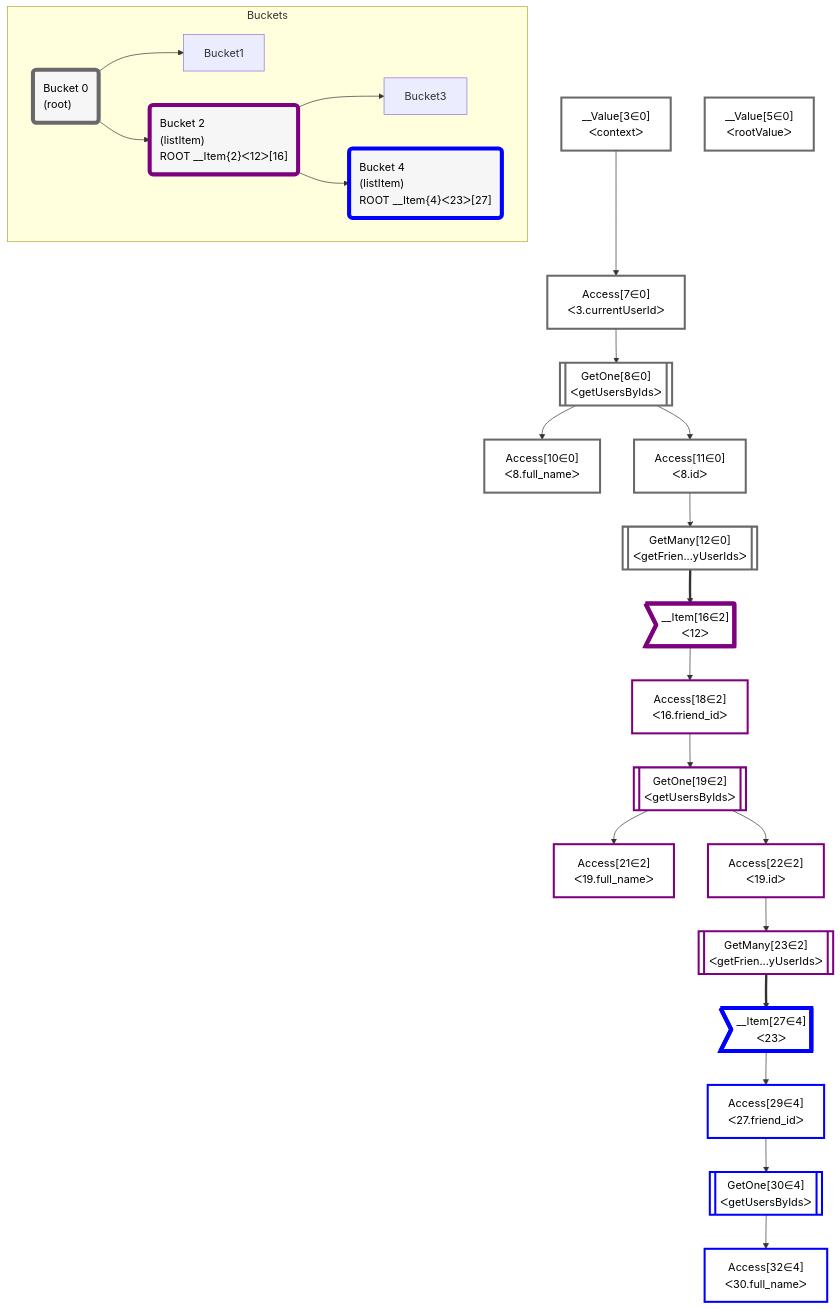
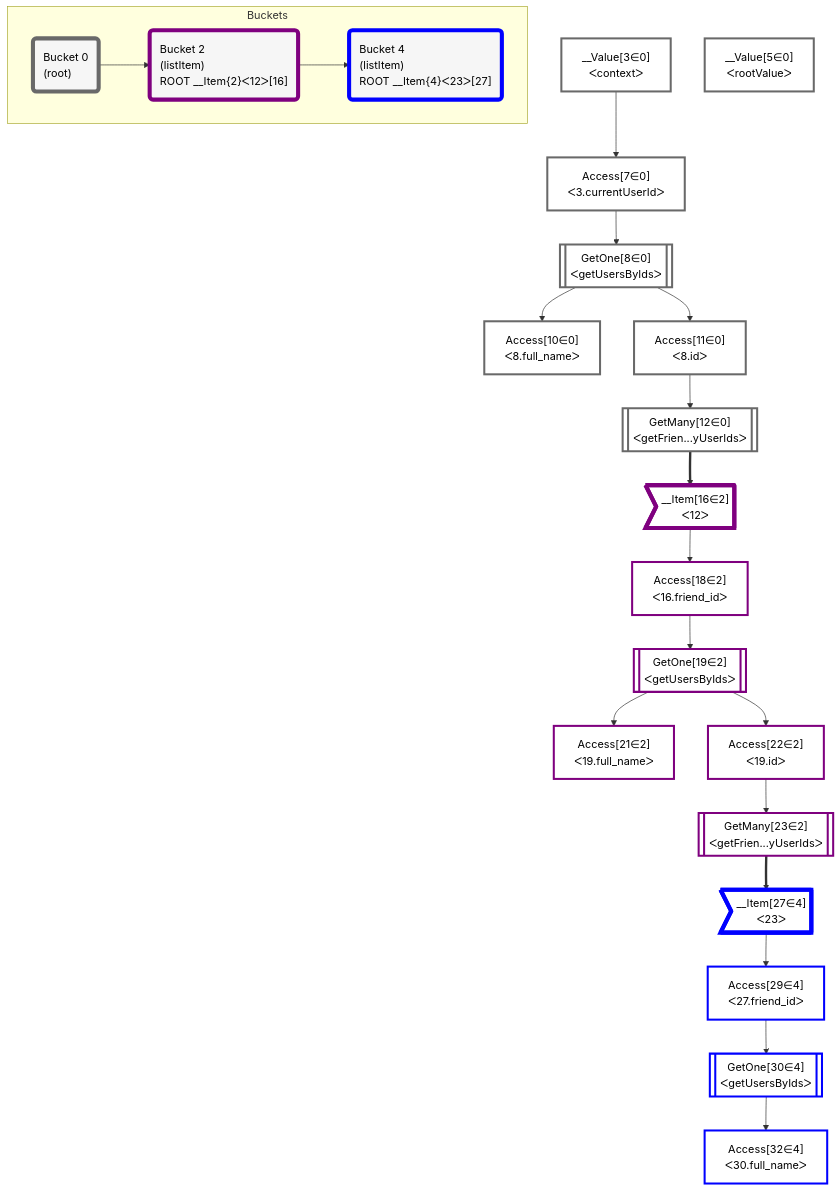
The diagram in grafast/website/examples/users-and-friends/plan.mermaid (graphile/crystal), drawn with Mermaid before and after one commit. The commit also changed 4 other files, not shown here.

```diff
--- a/grafast/website/examples/users-and-friends/plan.mermaid
+++ b/grafast/website/examples/users-and-friends/plan.mermaid
@@ -1,57 +1,57 @@
 flowchart TD
     classDef path fill:#eee,stroke:#000,color:#000
     classDef plan fill:#fff,stroke-width:3px,color:#000
     classDef itemplan fill:#fff,stroke-width:6px,color:#000
     classDef sideeffectplan fill:#f00,stroke-width:6px,color:#000
     classDef bucket fill:#f6f6f6,color:#000,stroke-width:6px,text-align:left
 
 
     %% define steps
     __Value3["__Value[3∈0]<br />ᐸcontextᐳ"]:::plan
     __Value5["__Value[5∈0]<br />ᐸrootValueᐳ"]:::plan
     Access7["Access[7∈0]<br />ᐸ3.currentUserIdᐳ"]:::plan
     GetOne8[["GetOne[8∈0]<br />ᐸgetUsersByIdsᐳ"]]:::plan
     Access10["Access[10∈0]<br />ᐸ8.full_nameᐳ"]:::plan
     Access11["Access[11∈0]<br />ᐸ8.idᐳ"]:::plan
     GetMany12[["GetMany[12∈0]<br />ᐸgetFrien...yUserIdsᐳ"]]:::plan
     __Item16>"__Item[16∈2]<br />ᐸ12ᐳ"]:::itemplan
     Access18["Access[18∈2]<br />ᐸ16.friend_idᐳ"]:::plan
     GetOne19[["GetOne[19∈2]<br />ᐸgetUsersByIdsᐳ"]]:::plan
     Access21["Access[21∈2]<br />ᐸ19.full_nameᐳ"]:::plan
     Access22["Access[22∈2]<br />ᐸ19.idᐳ"]:::plan
     GetMany23[["GetMany[23∈2]<br />ᐸgetFrien...yUserIdsᐳ"]]:::plan
     __Item27>"__Item[27∈4]<br />ᐸ23ᐳ"]:::itemplan
     Access29["Access[29∈4]<br />ᐸ27.friend_idᐳ"]:::plan
     GetOne30[["GetOne[30∈4]<br />ᐸgetUsersByIdsᐳ"]]:::plan
     Access32["Access[32∈4]<br />ᐸ30.full_nameᐳ"]:::plan
 
     %% plan dependencies
     __Value3 --> Access7
     Access7 --> GetOne8
     GetOne8 --> Access10
     GetOne8 --> Access11
     Access11 --> GetMany12
     GetMany12 ==> __Item16
     __Item16 --> Access18
     Access18 --> GetOne19
     GetOne19 --> Access21
     GetOne19 --> Access22
     Access22 --> GetMany23
     GetMany23 ==> __Item27
     __Item27 --> Access29
     Access29 --> GetOne30
     GetOne30 --> Access32
 
     subgraph Buckets
     Bucket0("Bucket 0<br />(root)"):::bucket
     classDef bucket0 stroke:#696969
     class Bucket0,__Value3,__Value5,Access7,GetOne8,Access10,Access11,GetMany12 bucket0
     Bucket2("Bucket 2<br />(listItem)<br />ROOT __Item{2}ᐸ12ᐳ[16]"):::bucket
     classDef bucket2 stroke:#7f007f
     class Bucket2,__Item16,Access18,GetOne19,Access21,Access22,GetMany23 bucket2
     Bucket4("Bucket 4<br />(listItem)<br />ROOT __Item{4}ᐸ23ᐳ[27]"):::bucket
     classDef bucket4 stroke:#0000ff
     class Bucket4,__Item27,Access29,GetOne30,Access32 bucket4
-    Bucket0 --> Bucket1 & Bucket2
-    Bucket2 --> Bucket3 & Bucket4
+    Bucket0 --> Bucket2
+    Bucket2 --> Bucket4
     end
```
